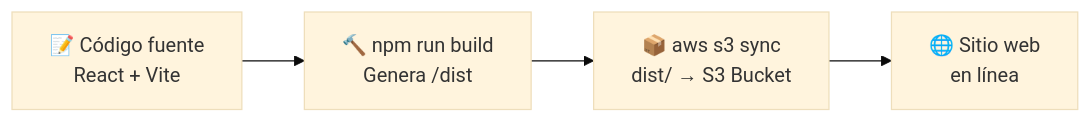
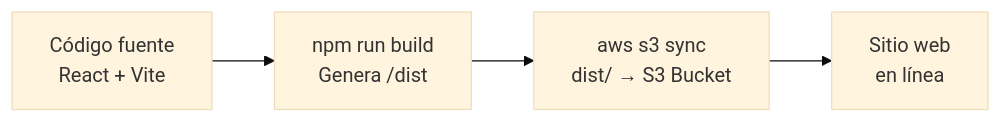
One commit to Macarorn/scrum-frontend changed the second of 4 diagrams in AWS_DOCS/DOCUMENTACION_DESPLIEGUE_AWS.md. Above: the diagram before and after it, drawn with Mermaid (base theme). The commit also changed other lines of this file and 4 other files, not shown here.

````diff
--- a/AWS_DOCS/DOCUMENTACION_DESPLIEGUE_AWS.md
+++ b/AWS_DOCS/DOCUMENTACION_DESPLIEGUE_AWS.md
@@ -289,6 +289,6 @@
 ```mermaid
 graph LR
-    A["📝 Código fuente<br/>React + Vite"] --> B["🔨 npm run build<br/>Genera /dist"]
-    B --> C["📦 aws s3 sync<br/>dist/ → S3 Bucket"]
-    C --> D["🌐 Sitio web<br/>en línea"]
+    A[" Código fuente<br/>React + Vite"] --> B[" npm run build<br/>Genera /dist"]
+    B --> C[" aws s3 sync<br/>dist/ → S3 Bucket"]
+    C --> D[" Sitio web<br/>en línea"]
 ```
````
